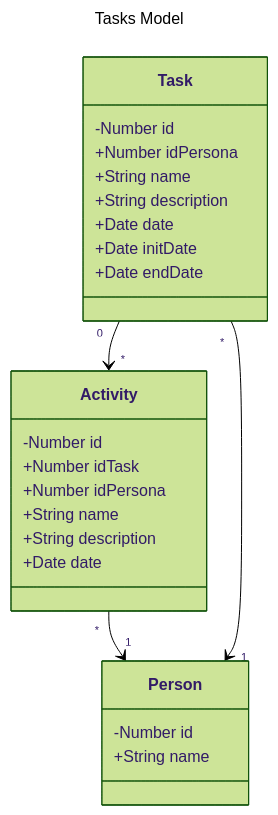
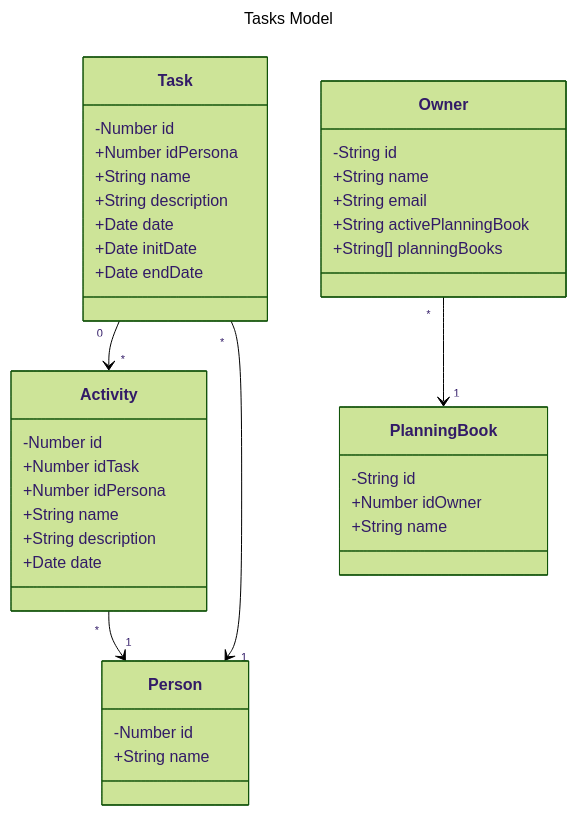
The diagram in app/tasks.md (AlfredoSanz-Indra/myPlanningBook), drawn with Mermaid (forest theme) before and after one commit. The commit also changed 26 other files, not shown here.

`````diff
--- a/app/tasks.md
+++ b/app/tasks.md
@@ -4,31 +4,44 @@
 ````mermaid
 ---
 title: Tasks Model
 ---
 classDiagram
 
     Task "0" --> "*" Activity
     Activity "*" --> "1" Person
     Task "*" --> "1" Person
+    Owner "*" --> "1" PlanningBook
+    class PlanningBook {
+        -String id
+        +Number idOwner
+        +String name
+    }
+    class Owner  {
+        -String id
+        +String name
+        +String email
+        +String activePlanningBook
+        +String[] planningBooks
+    }
     class Task {
         -Number id
         +Number idPersona
         +String name
         +String description
         +Date date
         +Date initDate
         +Date endDate
     }
     class Activity {
         -Number id
         +Number idTask
         +Number idPersona
         +String name
         +String description
         +Date date
     }
     class Person {
         -Number id
         +String name
     }
 ````
`````
